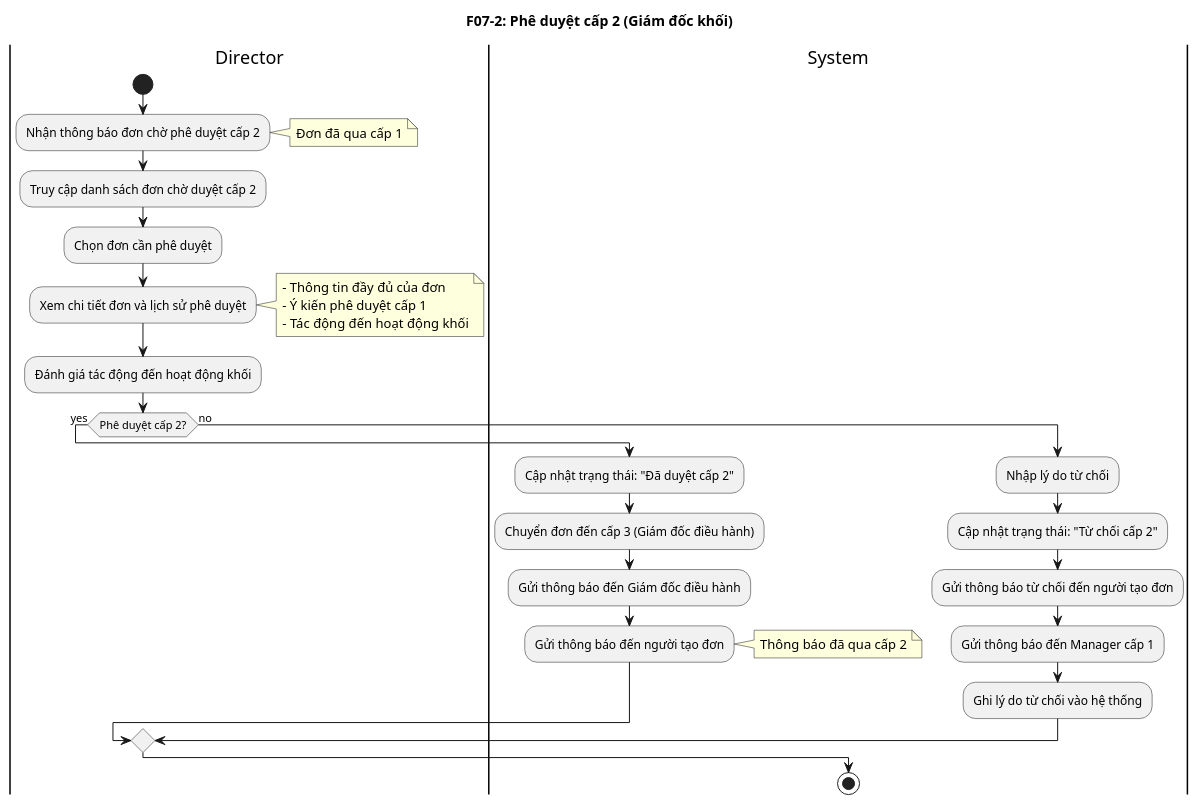
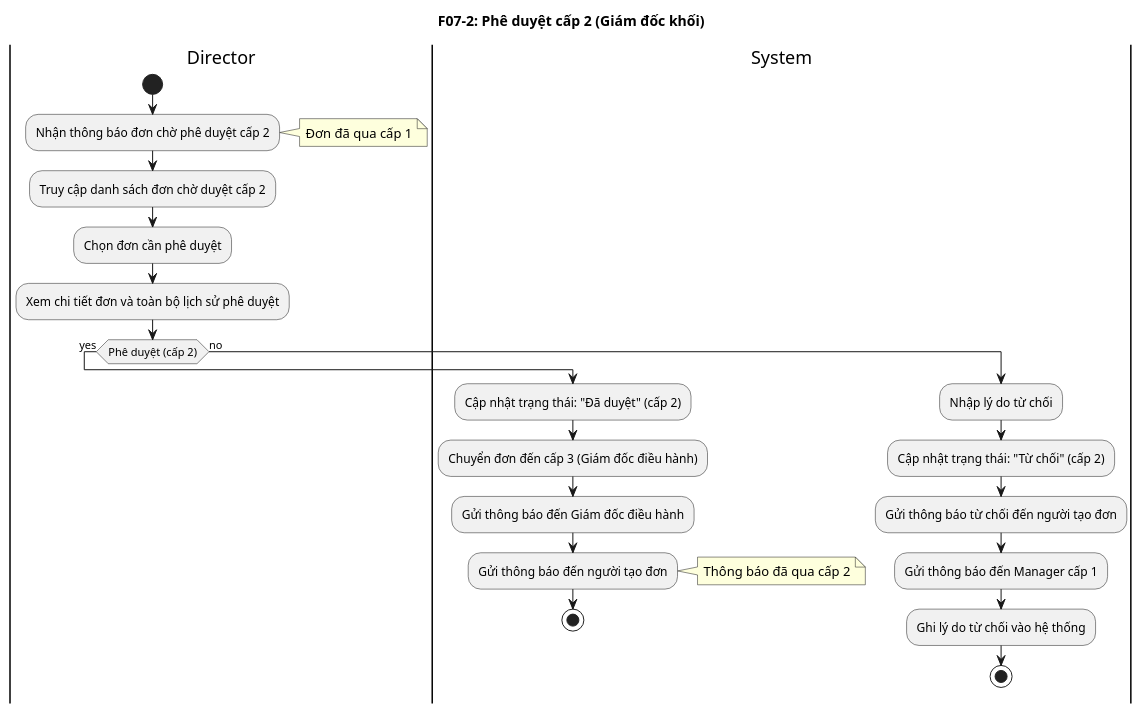
Diagram 11 of 34 in activity_diagrams.puml (hoangh-e/PowerAppp_AppNghiPhep), drawn with PlantUML before and after one commit. The commit also changed other lines of this file and 25 other files, not shown here.

```diff
--- a/activity_diagrams.puml
+++ b/activity_diagrams.puml
@@ -238,32 +245,27 @@
 @startuml F07_2_Level2_Approval
 title F07-2: Phê duyệt cấp 2 (Giám đốc khối)
 |Director|
 start
 :Nhận thông báo đơn chờ phê duyệt cấp 2;
 note right: Đơn đã qua cấp 1
 :Truy cập danh sách đơn chờ duyệt cấp 2;
 :Chọn đơn cần phê duyệt;
-:Xem chi tiết đơn và lịch sử phê duyệt;
-note right
-- Thông tin đầy đủ của đơn
-- Ý kiến phê duyệt cấp 1
-- Tác động đến hoạt động khối
-end note
-:Đánh giá tác động đến hoạt động khối;
-if (Phê duyệt cấp 2?) then (yes)
+:Xem chi tiết đơn và toàn bộ lịch sử phê duyệt;
+if (Phê duyệt (cấp 2)) then (yes)
   |System|
-  :Cập nhật trạng thái: "Đã duyệt cấp 2";
+  :Cập nhật trạng thái: "Đã duyệt" (cấp 2);
   :Chuyển đơn đến cấp 3 (Giám đốc điều hành);
   :Gửi thông báo đến Giám đốc điều hành;
   :Gửi thông báo đến người tạo đơn;
   note right: Thông báo đã qua cấp 2
+  stop
 else (no)
   :Nhập lý do từ chối;
   |System|
-  :Cập nhật trạng thái: "Từ chối cấp 2";
+  :Cập nhật trạng thái: "Từ chối" (cấp 2);
   :Gửi thông báo từ chối đến người tạo đơn;
   :Gửi thông báo đến Manager cấp 1;
   :Ghi lý do từ chối vào hệ thống;
+  stop
 endif
-stop
 @enduml
```
